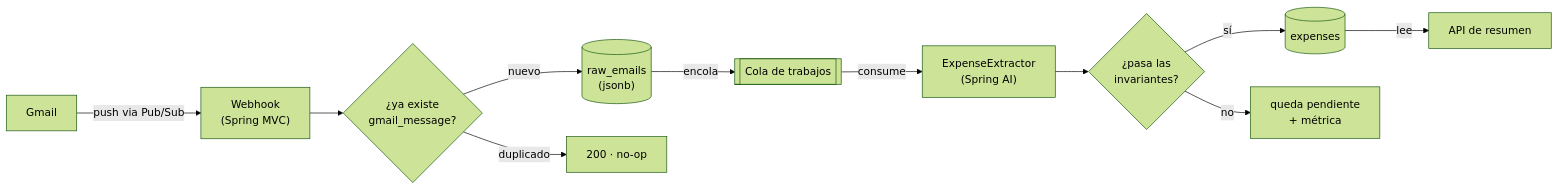
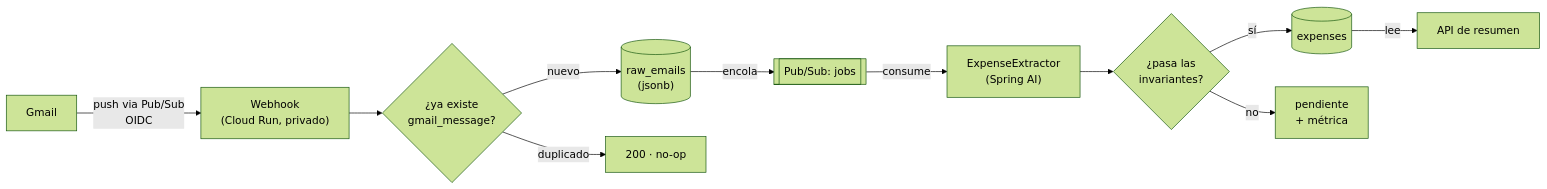
The diagram in README.md (fperezlefiman/expense-tracker), drawn with Mermaid (forest theme) before and after one commit. The commit also changed other lines of this file and 11 other files, not shown here.

First line of the commit message:
docs: split documentation into README, architecture, ADRs and operations

````diff
--- a/README.md
+++ b/README.md
@@ -19,13 +20,13 @@
 ```mermaid
 flowchart LR
-    G[Gmail] -->|"push via Pub/Sub"| W["Webhook<br/>(Spring MVC)"]
+    G[Gmail] -->|"push via Pub/Sub<br/>OIDC"| W["Webhook<br/>(Cloud Run, privado)"]
     W --> ID{"¿ya existe<br/>gmail_message?"}
     ID -->|"nuevo"| RAW[("raw_emails<br/>(jsonb)")]
     ID -->|"duplicado"| NOOP["200 · no-op"]
-    RAW -->|"encola"| Q[["Cola de trabajos"]]
+    RAW -->|"encola"| Q[["Pub/Sub: jobs"]]
     Q -->|"consume"| EX["ExpenseExtractor<br/>(Spring AI)"]
     EX --> VAL{"¿pasa las<br/>invariantes?"}
     VAL -->|"sí"| EXP[("expenses")]
-    VAL -->|"no"| RETRY["queda pendiente<br/>+ métrica"]
+    VAL -->|"no"| RETRY["pendiente<br/>+ métrica"]
     EXP -->|"lee"| API["API de resumen"]
 ```
````
